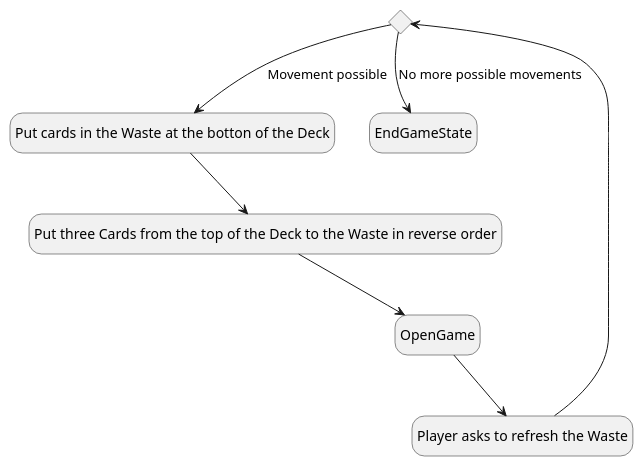
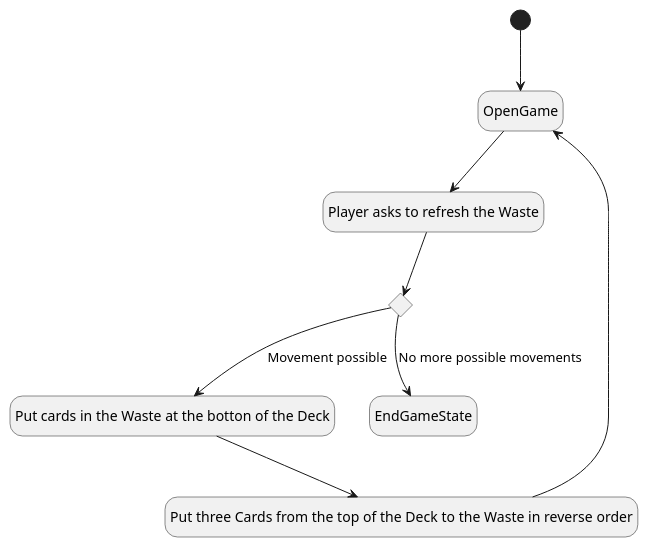
One commit to Troteaga/klondike changed the third of 15 diagrams in docs/UseCases.plantuml. Above: the diagram before and after it, drawn with PlantUML. The commit also changed other lines of this file, not shown here.

```diff
--- a/docs/UseCases.plantuml
+++ b/docs/UseCases.plantuml
@@ -17,15 +17,17 @@
 @startuml Player Flips Deck
 
 state choice1 <<choice>> 
 hide empty description 
 state "Player asks to refresh the Waste" as 1
 state "Put cards in the Waste at the botton of the Deck" as 2
 state "Put three Cards from the top of the Deck to the Waste in reverse order" as 3
-OpenGame --> 1
 
-1 --> choice1
-choice1 --> 2: Movement possible
-choice1 --> EndGameState: No more possible movements
-2 --> 3
-3--> OpenGame
+[*] -down-> OpenGame
+OpenGame -down-> 1
+
+1 -down-> choice1
+choice1 -down-> 2: Movement possible
+choice1 -down-> EndGameState: No more possible movements
+2 -down-> 3
+3-up-> OpenGame
 @enduml
```
